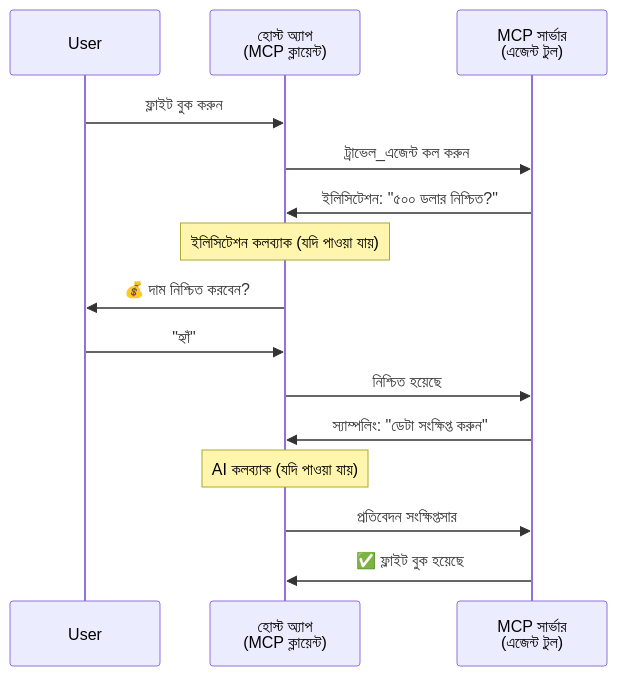
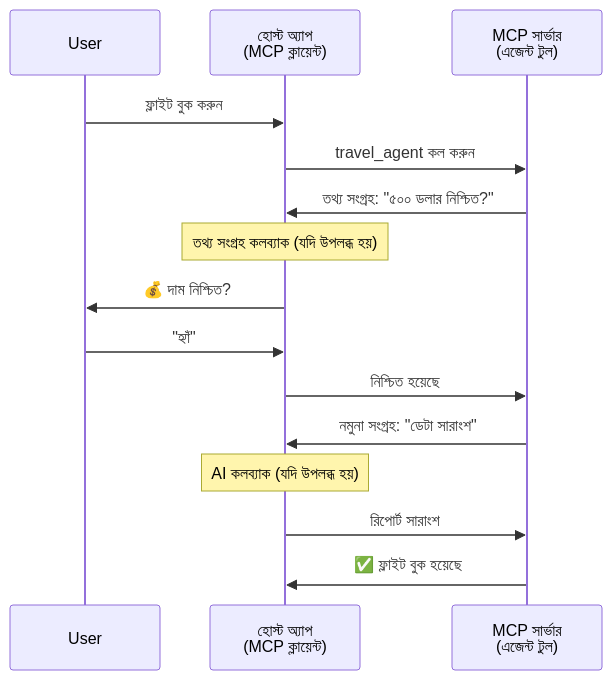
The fourth of 5 diagrams in mirrors/repos/microsoft@ai-agents-for-beginners/translations/bn/11-agentic-protocols/code_samples/mcp-agents/README.md (gabrielmoreira/agent-skills-mirror), drawn with Mermaid before and after one commit. The commit also changed other lines of this file and 4262 other files, not shown here.

````diff
--- a/mirrors/repos/microsoft@ai-agents-for-beginners/translations/bn/11-agentic-protocols/code_samples/mcp-agents/README.md
+++ b/mirrors/repos/microsoft@ai-agents-for-beginners/translations/bn/11-agentic-protocols/code_samples/mcp-agents/README.md
@@ -163,21 +163,21 @@
 ```mermaid
 sequenceDiagram
     participant User
     participant Host as হোস্ট অ্যাপ<br/>(MCP ক্লায়েন্ট)
     participant Server as MCP সার্ভার<br/>(এজেন্ট টুল)
 
     User->>Host: ফ্লাইট বুক করুন
-    Host->>Server: ট্রাভেল_এজেন্ট কল করুন
+    Host->>Server: travel_agent কল করুন
 
-    Server->>Host: ইলিসিটেশন: "৫০০ ডলার নিশ্চিত?"
-    Note over Host: ইলিসিটেশন কলব্যাক (যদি পাওয়া যায়)
-    Host->>User: 💰 দাম নিশ্চিত করবেন?
+    Server->>Host: তথ্য সংগ্রহ: "৫০০ ডলার নিশ্চিত?"
+    Note over Host: তথ্য সংগ্রহ কলব্যাক (যদি উপলব্ধ হয়)
+    Host->>User: 💰 দাম নিশ্চিত?
     User->>Host: "হ্যাঁ"
     Host->>Server: নিশ্চিত হয়েছে
 
-    Server->>Host: স্যাম্পলিং: "ডেটা সংক্ষিপ্ত করুন"
-    Note over Host: AI কলব্যাক (যদি পাওয়া যায়)
-    Host->>Server: প্রতিবেদন সংক্ষিপ্তসার
+    Server->>Host: নমুনা সংগ্রহ: "ডেটা সারাংশ"
+    Note over Host: AI কলব্যাক (যদি উপলব্ধ হয়)
+    Host->>Server: রিপোর্ট সারাংশ
 
     Server->>Host: ✅ ফ্লাইট বুক হয়েছে
 ```
````
